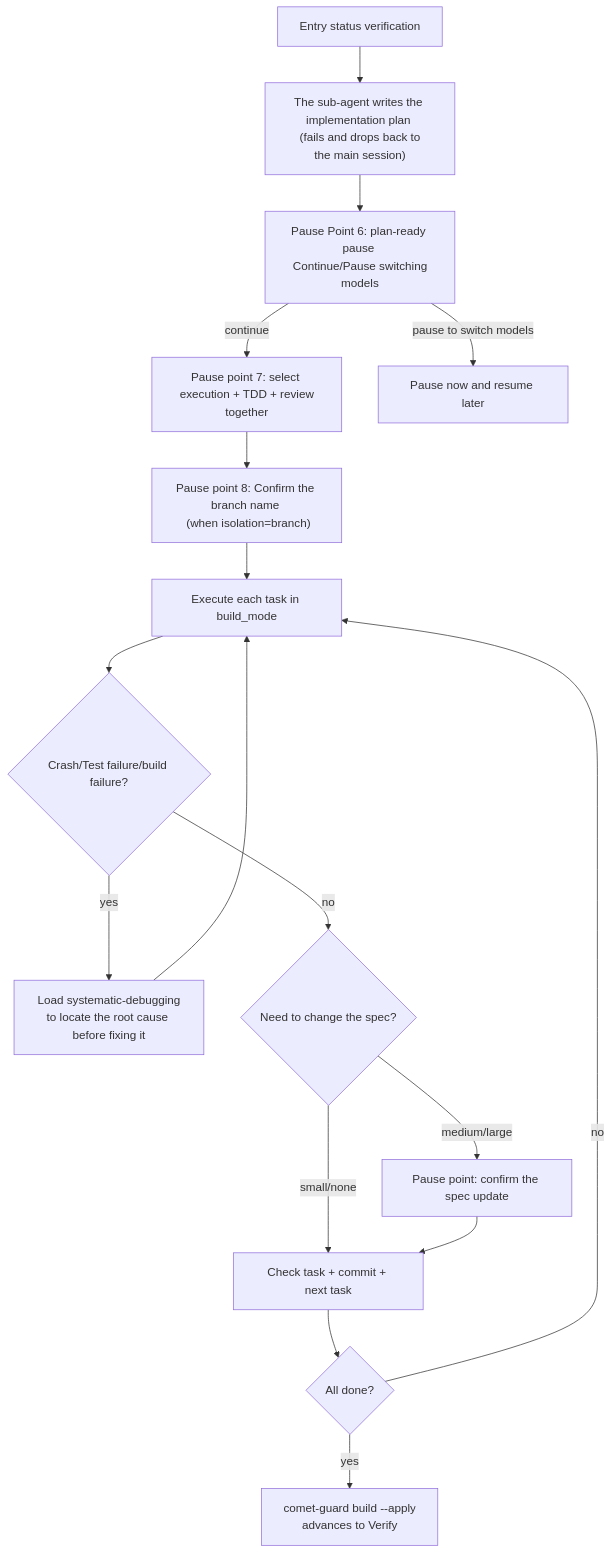
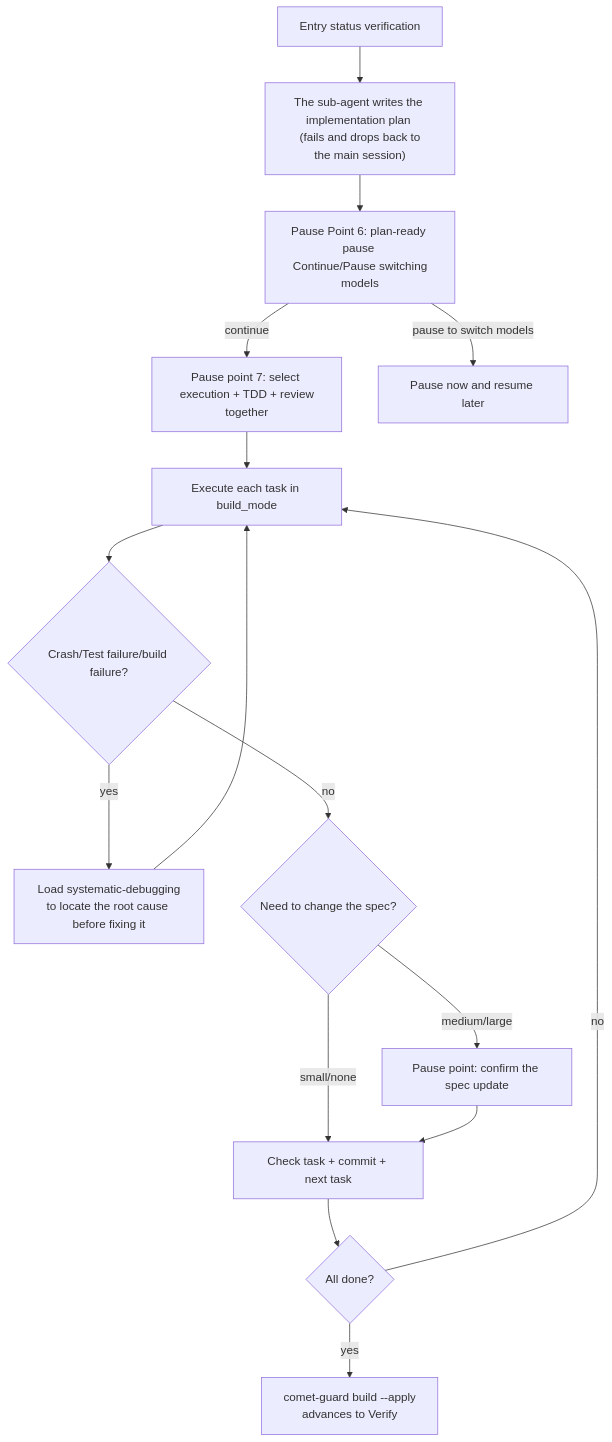
One commit to rpamis/comet-website-docs changed the diagram in en/phases/build.mdx. Above: the diagram before and after it, drawn with Mermaid. The commit also changed other lines of this file and 34 other files, not shown here.

````diff
--- a/en/phases/build.mdx
+++ b/en/phases/build.mdx
@@ -38,19 +38,18 @@
 ```mermaid
 flowchart TD
     Entry["Entry status verification"] --> S1["The sub-agent writes the implementation plan <br/> (fails and drops back to the main session)"]
     S1 --> Stop2["Pause Point 6: plan-ready pause <br/> Continue/Pause switching models"]
     Stop2 -->|continue| Stop3["Pause point 7: select execution + TDD + review<br/>together"]
     Stop2 -->|pause to switch models| PauseDone["Pause now and resume later"]
-    Stop3 --> StopBranch["Pause point 8: Confirm the branch name <br/> (when isolation=branch)"]
-    StopBranch --> Exec["Execute each task in build_mode"]
+    Stop3 --> Exec["Execute each task in build_mode"]
     Exec --> Debug{"Crash/Test failure/build failure?"}
     Debug -->|yes| DebugGate["Load systematic-debugging<br/>to locate the root cause before fixing it"]
     DebugGate --> Exec
     Debug -->|no| SpecUpd{"Need to change the spec?"}
     SpecUpd -->|medium/large| SpecPause["Pause point: confirm the spec update"]
     SpecUpd -->|small/none| TaskLoop["Check task + commit + next task"]
     SpecPause --> TaskLoop
     TaskLoop --> Done{"All done?"}
     Done -->|no| Exec
     Done -->|yes| Exit["comet-guard build --apply<br/>advances to Verify"]
 ```
````
